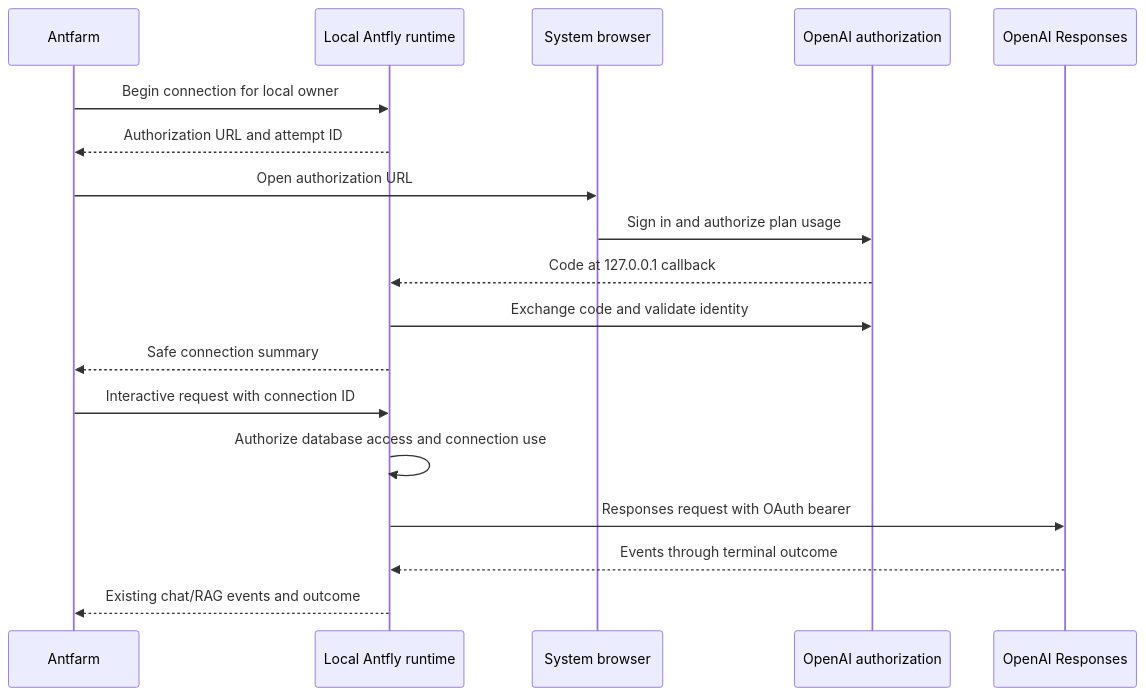
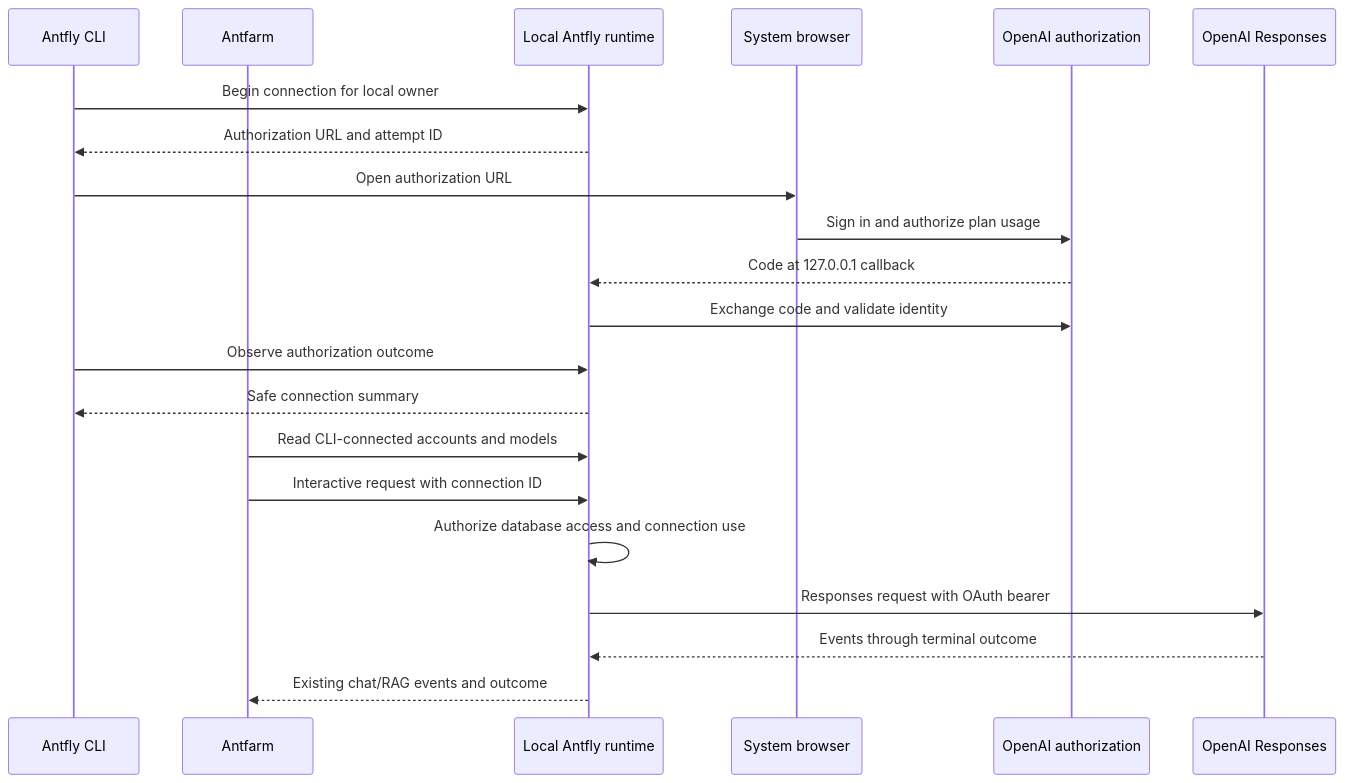
The diagram in zig/CHATGPT.md (antflydb/antfly), drawn with Mermaid before and after one commit. The commit also changed other lines of this file and 3 other files, not shown here.

Commit message:
feat(connections): keep ChatGPT authorization in the CLI

````diff
--- a/zig/CHATGPT.md
+++ b/zig/CHATGPT.md
@@ -217,20 +217,23 @@
 ```mermaid
 sequenceDiagram
+    participant CLI as Antfly CLI
     participant UI as Antfarm
     participant AF as Local Antfly runtime
     participant Browser as System browser
     participant Auth as OpenAI authorization
     participant API as OpenAI Responses
-    UI->>AF: Begin connection for local owner
-    AF-->>UI: Authorization URL and attempt ID
-    UI->>Browser: Open authorization URL
+    CLI->>AF: Begin connection for local owner
+    AF-->>CLI: Authorization URL and attempt ID
+    CLI->>Browser: Open authorization URL
     Browser->>Auth: Sign in and authorize plan usage
     Auth-->>AF: Code at 127.0.0.1 callback
     AF->>Auth: Exchange code and validate identity
-    AF-->>UI: Safe connection summary
+    CLI->>AF: Observe authorization outcome
+    AF-->>CLI: Safe connection summary
+    UI->>AF: Read CLI-connected accounts and models
     UI->>AF: Interactive request with connection ID
     AF->>AF: Authorize database access and connection use
     AF->>API: Responses request with OAuth bearer
     API-->>AF: Events through terminal outcome
     AF-->>UI: Existing chat/RAG events and outcome
 ```
````
